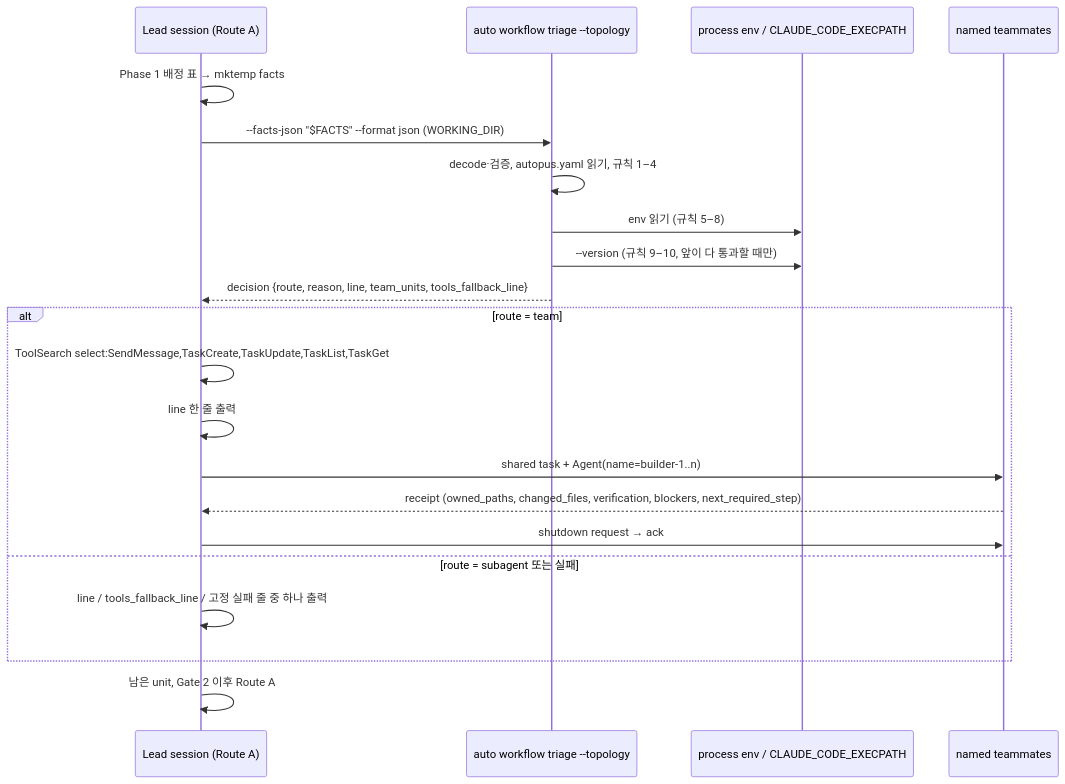
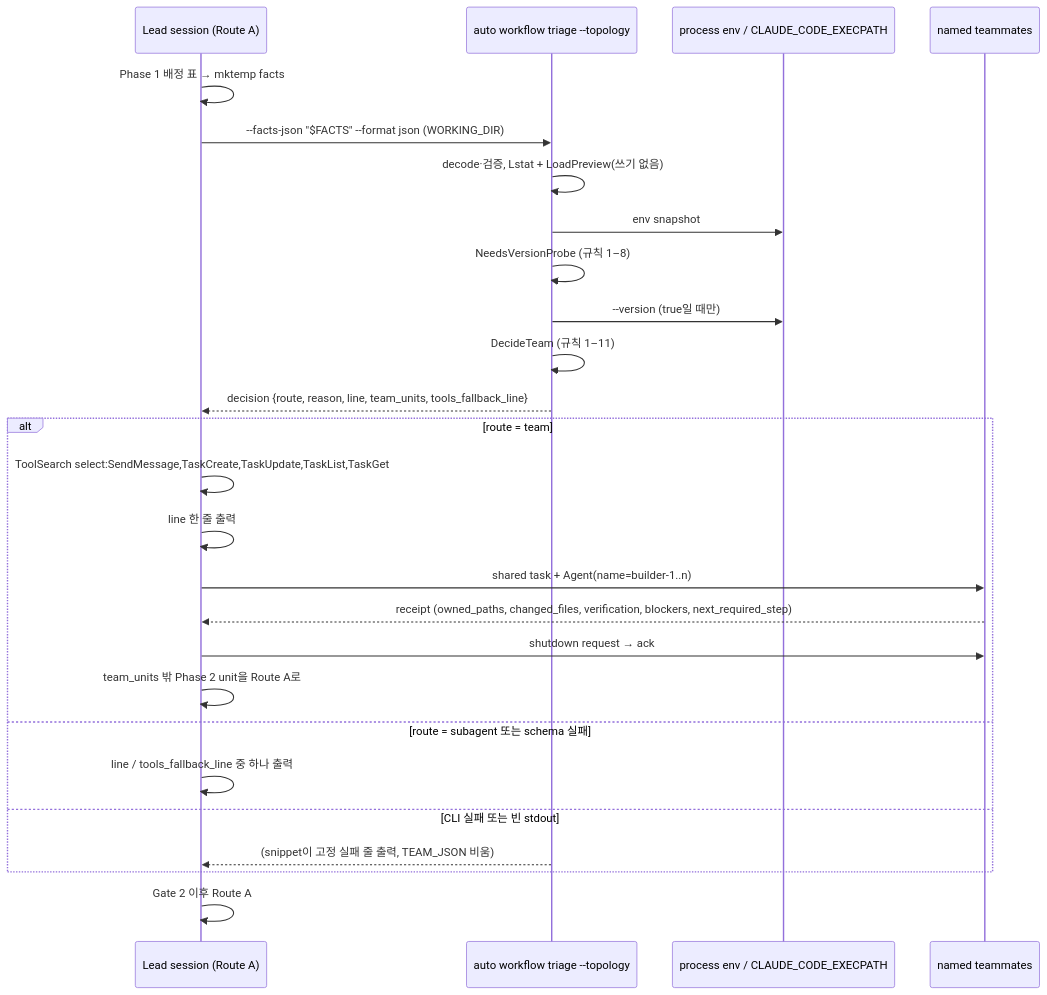
The diagram in .autopus/specs/SPEC-TEAMAUTO-001/plan.md (Oscar-Williams/autopus-adk), drawn with Mermaid before and after one commit. The commit also changed other lines of this file and 6 other files, not shown here.

````diff
--- a/.autopus/specs/SPEC-TEAMAUTO-001/plan.md
+++ b/.autopus/specs/SPEC-TEAMAUTO-001/plan.md
@@ -31,23 +31,28 @@
 ```mermaid
 sequenceDiagram
   participant L as Lead session (Route A)
   participant C as auto workflow triage --topology
   participant E as process env / CLAUDE_CODE_EXECPATH
   participant T as named teammates
   L->>L: Phase 1 배정 표 → mktemp facts
   L->>C: --facts-json "$FACTS" --format json (WORKING_DIR)
-  C->>C: decode·검증, autopus.yaml 읽기, 규칙 1–4
-  C->>E: env 읽기 (규칙 5–8)
-  C->>E: --version (규칙 9–10, 앞이 다 통과할 때만)
+  C->>C: decode·검증, Lstat + LoadPreview(쓰기 없음)
+  C->>E: env snapshot
+  C->>C: NeedsVersionProbe (규칙 1–8)
+  C->>E: --version (true일 때만)
+  C->>C: DecideTeam (규칙 1–11)
   C-->>L: decision {route, reason, line, team_units, tools_fallback_line}
   alt route = team
     L->>L: ToolSearch select:SendMessage,TaskCreate,TaskUpdate,TaskList,TaskGet
     L->>L: line 한 줄 출력
     L->>T: shared task + Agent(name=builder-1..n)
     T-->>L: receipt (owned_paths, changed_files, verification, blockers, next_required_step)
     L->>T: shutdown request → ack
-  else route = subagent 또는 실패
-    L->>L: line / tools_fallback_line / 고정 실패 줄 중 하나 출력
+    L->>L: team_units 밖 Phase 2 unit을 Route A로
+  else route = subagent 또는 schema 실패
+    L->>L: line / tools_fallback_line 중 하나 출력
+  else CLI 실패 또는 빈 stdout
+    C-->>L: (snippet이 고정 실패 줄 출력, TEAM_JSON 비움)
   end
-  L->>L: 남은 unit, Gate 2 이후 Route A
+  L->>L: Gate 2 이후 Route A
 ```
````
